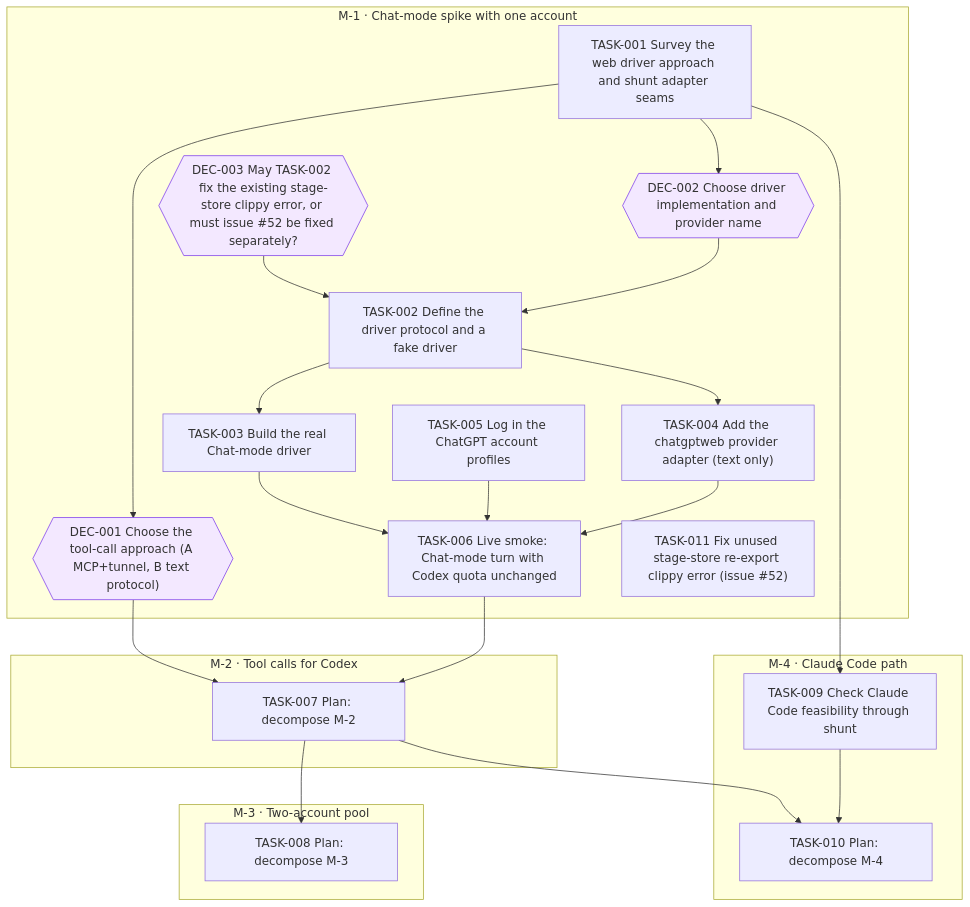
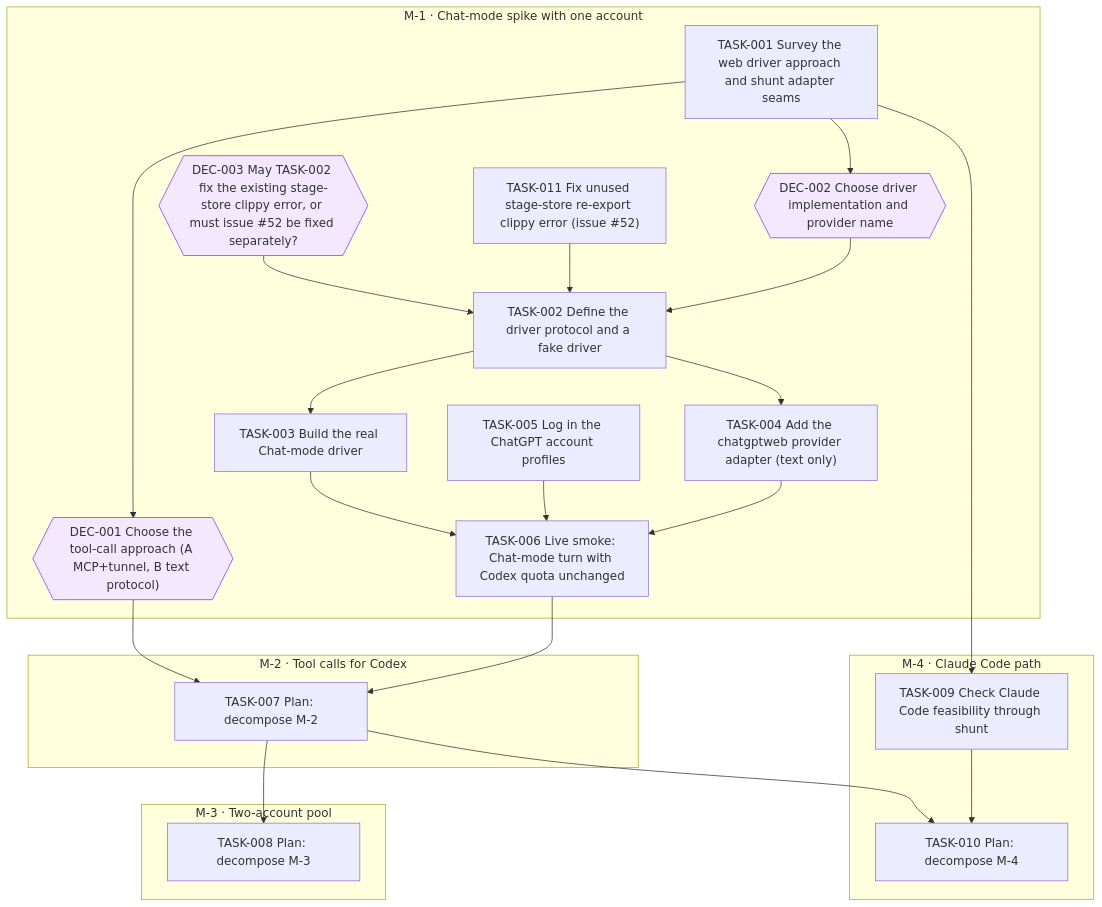
One commit to jesusvillota/shunt changed the diagram in goals/chatgptweb-provider/README.md. Above: the diagram before and after it, drawn with Mermaid. The commit also changed 2 other files, not shown here.

Commit message:
goal(chatgptweb-provider): link TASK-002 after TASK-011

````diff
--- a/goals/chatgptweb-provider/README.md
+++ b/goals/chatgptweb-provider/README.md
@@ -132,46 +132,47 @@
 ```mermaid
 flowchart TD
   subgraph M_1["M-1 · Chat-mode spike with one account"]
     DEC_001{{"DEC-001 Choose the tool-call approach (A MCP+tunnel, B text protocol)"}}
     DEC_002{{"DEC-002 Choose driver implementation and provider name"}}
     DEC_003{{"DEC-003 May TASK-002 fix the existing stage-store clippy error, or must issue #52 be fixed separately?"}}
     TASK_001["TASK-001 Survey the web driver approach and shunt adapter seams"]
     TASK_002["TASK-002 Define the driver protocol and a fake driver"]
     TASK_003["TASK-003 Build the real Chat-mode driver"]
     TASK_004["TASK-004 Add the chatgptweb provider adapter (text only)"]
     TASK_005["TASK-005 Log in the ChatGPT account profiles"]
     TASK_006["TASK-006 Live smoke: Chat-mode turn with Codex quota unchanged"]
     TASK_011["TASK-011 Fix unused stage-store re-export clippy error (issue #52)"]
   end
   subgraph M_2["M-2 · Tool calls for Codex"]
     TASK_007["TASK-007 Plan: decompose M-2"]
   end
   subgraph M_3["M-3 · Two-account pool"]
     TASK_008["TASK-008 Plan: decompose M-3"]
   end
   subgraph M_4["M-4 · Claude Code path"]
     TASK_009["TASK-009 Check Claude Code feasibility through shunt"]
     TASK_010["TASK-010 Plan: decompose M-4"]
   end
   TASK_001 --> DEC_001
   TASK_001 --> DEC_002
   DEC_002 --> TASK_002
   DEC_003 --> TASK_002
+  TASK_011 --> TASK_002
   TASK_002 --> TASK_003
   TASK_002 --> TASK_004
   TASK_003 --> TASK_006
   TASK_004 --> TASK_006
   TASK_005 --> TASK_006
   TASK_006 --> TASK_007
   DEC_001 --> TASK_007
   TASK_007 --> TASK_008
   TASK_001 --> TASK_009
   TASK_007 --> TASK_010
   TASK_009 --> TASK_010
   classDef draft stroke-dasharray: 4 3
   classDef cancelled opacity:0.45
   classDef decision fill:#f3e8ff,stroke:#7c3aed
   class DEC_001 decision
   class DEC_002 decision
   class DEC_003 decision
 ```
````
